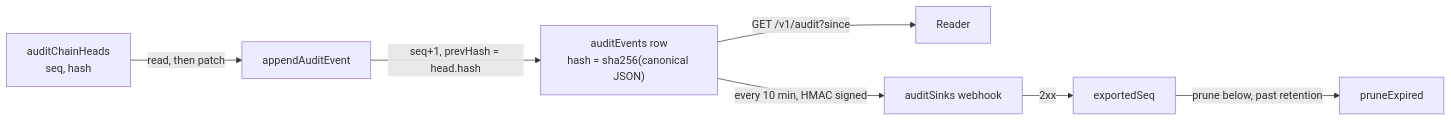
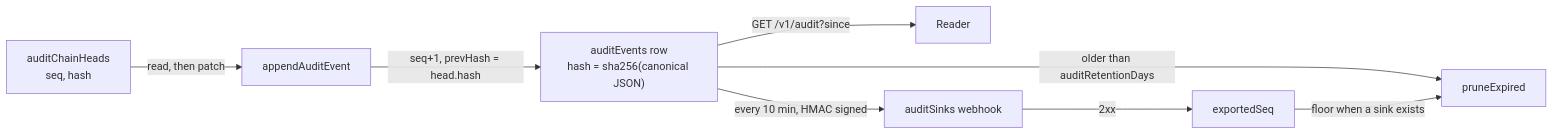
Before and after one commit to beeblastco/broods: the fourth of 4 diagrams in apps/docs/docs/internals/security.md, drawn with Mermaid. The commit also changed other lines of this file and 3 other files, not shown here.

First line of the commit message:
fix(convex,docs): bring the audit docs in step with the code and type the retention role gate

````diff
--- a/apps/docs/docs/internals/security.md
+++ b/apps/docs/docs/internals/security.md
@@ -135,9 +135,10 @@
 ```mermaid
 flowchart LR
   Head["auditChainHeads<br/>seq, hash"] -->|read, then patch| Append["appendAuditEvent"]
   Append -->|seq+1, prevHash = head.hash| Row["auditEvents row<br/>hash = sha256(canonical JSON)"]
   Row -->|GET /v1/audit?since| Reader
   Row -->|every 10 min, HMAC signed| Sink["auditSinks webhook"]
   Sink -->|2xx| Watermark["exportedSeq"]
-  Watermark -->|prune below, past retention| Prune["pruneExpired"]
+  Row -->|older than auditRetentionDays| Prune["pruneExpired"]
+  Watermark -->|floor when a sink exists| Prune
 ```
````
